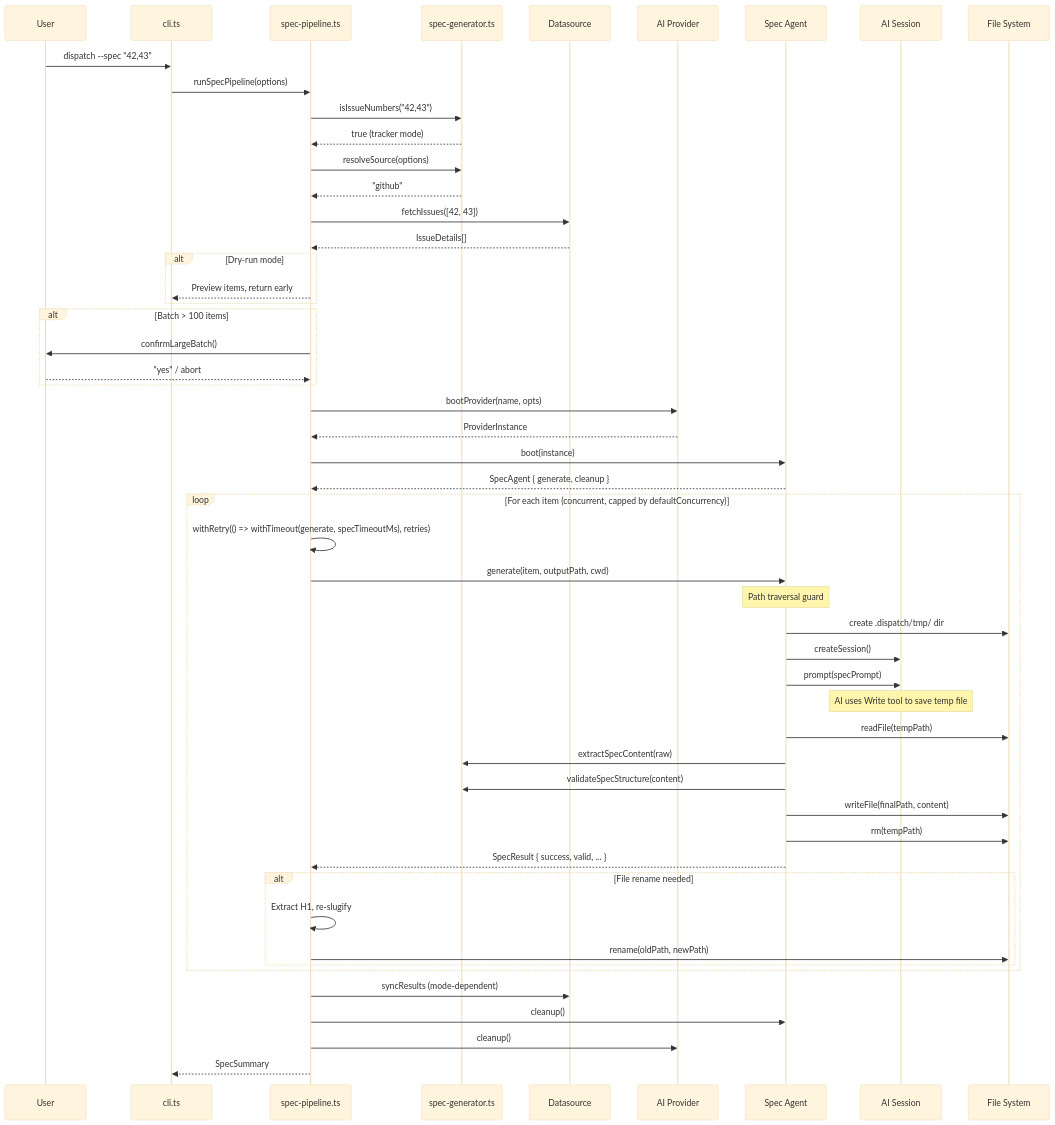
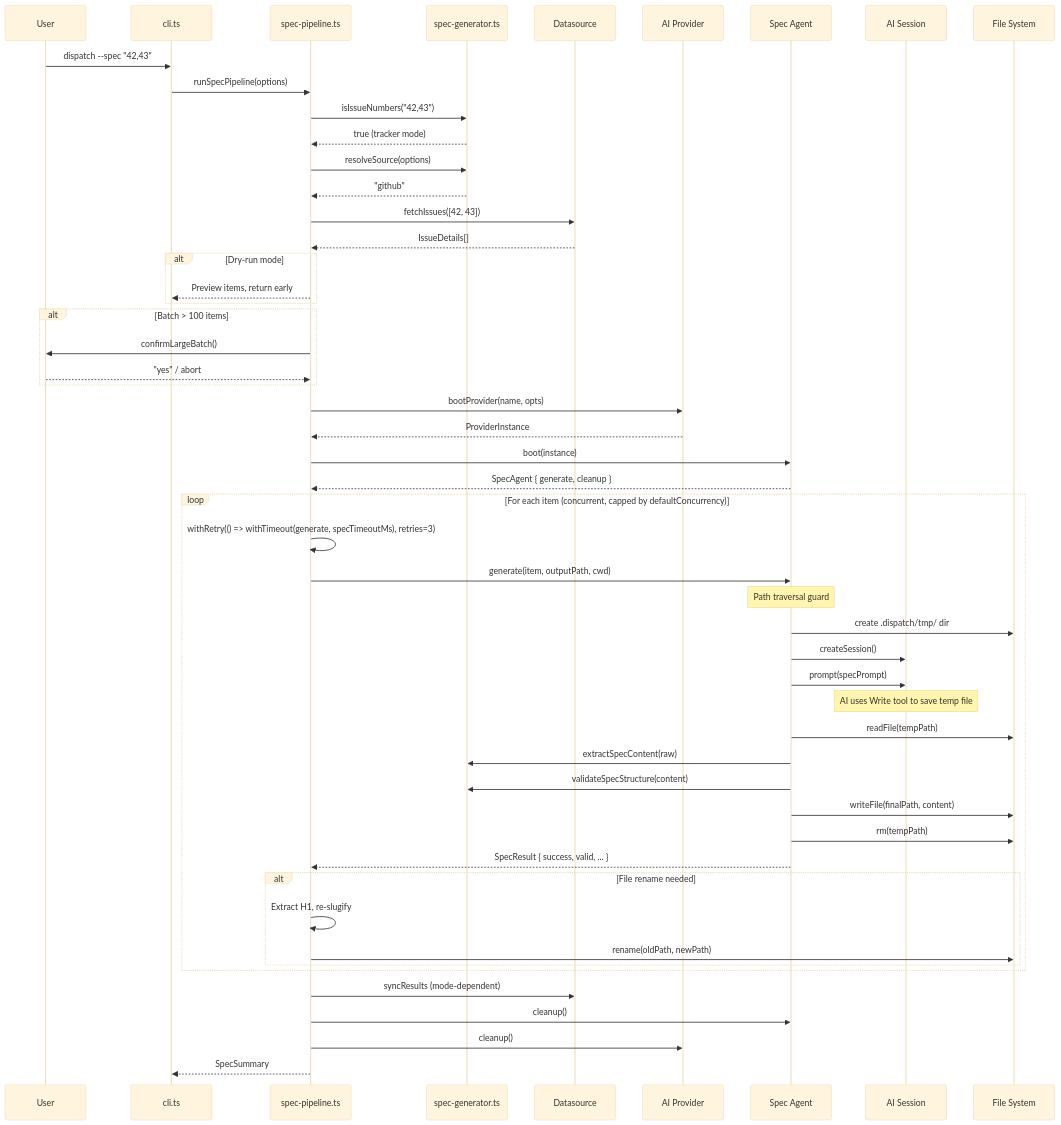
Before and after one commit to PatrickRuddiman/Dispatch: the third of 4 diagrams in docs/spec-generation/overview.md, drawn with Mermaid (base theme). The commit also changed other lines of this file and 28 other files, not shown here.

````diff
--- a/docs/spec-generation/overview.md
+++ b/docs/spec-generation/overview.md
@@ -192,66 +192,66 @@
 ```mermaid
 sequenceDiagram
     participant User
     participant CLI as cli.ts
     participant Pipeline as spec-pipeline.ts
     participant SG as spec-generator.ts
     participant DS as Datasource
     participant Provider as AI Provider
     participant Agent as Spec Agent
     participant AI as AI Session
     participant FS as File System
 
     User->>CLI: dispatch --spec "42,43"
     CLI->>Pipeline: runSpecPipeline(options)
 
     Pipeline->>SG: isIssueNumbers("42,43")
     SG-->>Pipeline: true (tracker mode)
 
     Pipeline->>SG: resolveSource(options)
     SG-->>Pipeline: "github"
 
     Pipeline->>DS: fetchIssues([42, 43])
     DS-->>Pipeline: IssueDetails[]
 
     alt Dry-run mode
         Pipeline-->>CLI: Preview items, return early
     end
 
     alt Batch > 100 items
         Pipeline->>User: confirmLargeBatch()
         User-->>Pipeline: "yes" / abort
     end
 
     Pipeline->>Provider: bootProvider(name, opts)
     Provider-->>Pipeline: ProviderInstance
 
     Pipeline->>Agent: boot(instance)
     Agent-->>Pipeline: SpecAgent { generate, cleanup }
 
     loop For each item (concurrent, capped by defaultConcurrency)
-        Pipeline->>Pipeline: withRetry(() => withTimeout(generate, specTimeoutMs), retries)
+        Pipeline->>Pipeline: withRetry(() => withTimeout(generate, specTimeoutMs), retries=3)
         Pipeline->>Agent: generate(item, outputPath, cwd)
 
         Note over Agent: Path traversal guard
         Agent->>FS: create .dispatch/tmp/ dir
         Agent->>AI: createSession()
         Agent->>AI: prompt(specPrompt)
         Note over AI: AI uses Write tool to save temp file
         Agent->>FS: readFile(tempPath)
         Agent->>SG: extractSpecContent(raw)
         Agent->>SG: validateSpecStructure(content)
         Agent->>FS: writeFile(finalPath, content)
         Agent->>FS: rm(tempPath)
         Agent-->>Pipeline: SpecResult { success, valid, ... }
 
         alt File rename needed
             Pipeline->>Pipeline: Extract H1, re-slugify
             Pipeline->>FS: rename(oldPath, newPath)
         end
     end
 
     Pipeline->>DS: syncResults (mode-dependent)
     Pipeline->>Agent: cleanup()
     Pipeline->>Provider: cleanup()
     Pipeline-->>CLI: SpecSummary
 ```
````
